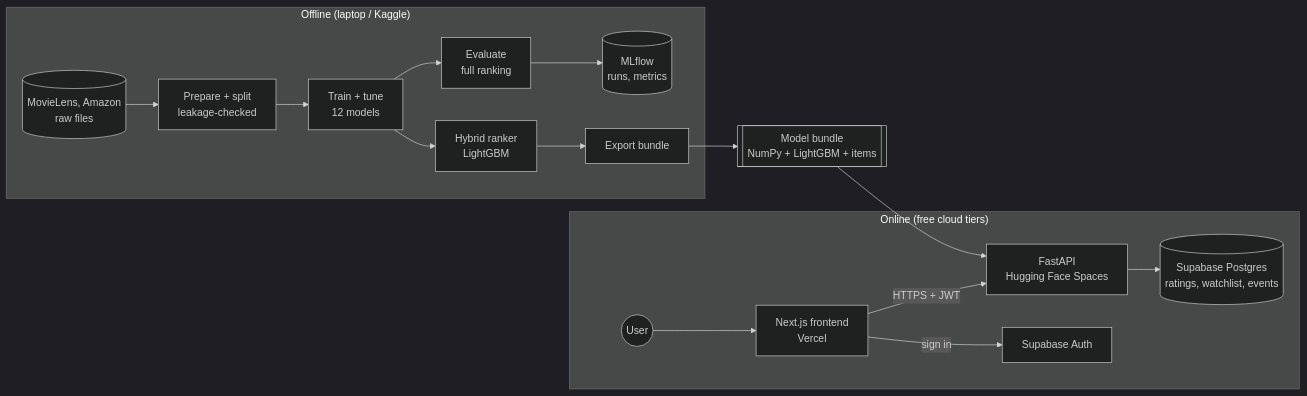
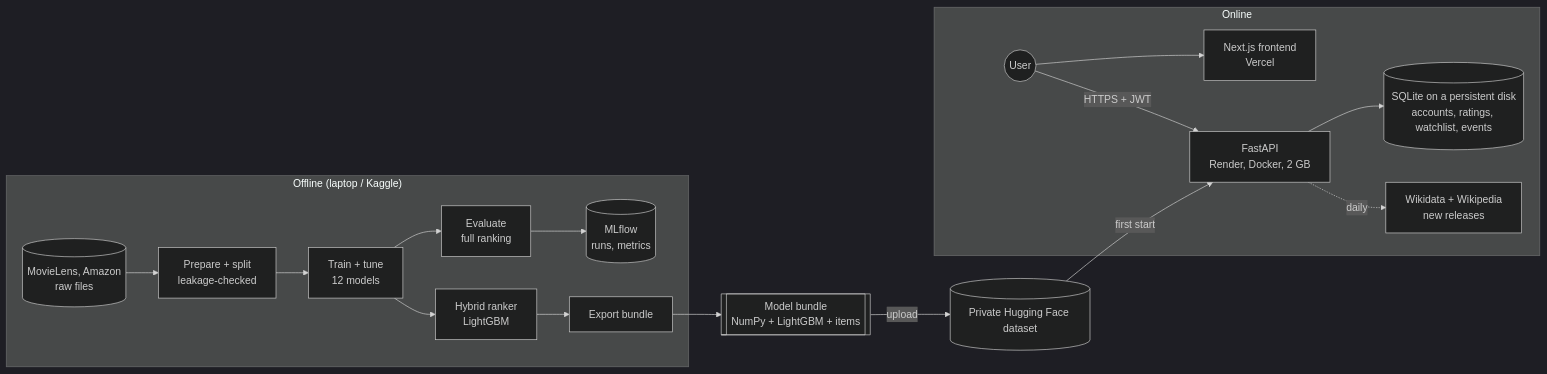
Before and after one commit to Aravindreddykothuru/RedBox: the first of 9 diagrams in docs/report/06_system_design.md, drawn with Mermaid (dark theme). The commit also changed other lines of this file and 5 other files, not shown here.

First line of the commit message:
Explain how Red Box works: a 13-page PDF, and architecture and ML sections in the README

````diff
--- a/docs/report/06_system_design.md
+++ b/docs/report/06_system_design.md
@@ -17,19 +17,20 @@
 ```mermaid
 flowchart LR
     subgraph Offline["Offline (laptop / Kaggle)"]
         D[(MovieLens, Amazon<br/>raw files)] --> P[Prepare + split<br/>leakage-checked]
         P --> T[Train + tune<br/>12 models]
         T --> E[Evaluate<br/>full ranking]
         E --> M[(MLflow<br/>runs, metrics)]
         T --> H[Hybrid ranker<br/>LightGBM]
         H --> X[Export bundle]
     end
     X --> B[[Model bundle<br/>NumPy + LightGBM + items]]
-    subgraph Online["Online (free cloud tiers)"]
+    B -->|upload| HF[(Private Hugging Face dataset)]
+    subgraph Online["Online"]
         U((User)) --> F[Next.js frontend<br/>Vercel]
-        F -->|HTTPS + JWT| A[FastAPI<br/>Hugging Face Spaces]
-        A --> S[(Supabase Postgres<br/>ratings, watchlist, events)]
-        F -->|sign in| AU[Supabase Auth]
+        U -->|HTTPS + JWT| A[FastAPI<br/>Render, Docker, 2 GB]
+        A --> S[(SQLite on a persistent disk<br/>accounts, ratings, watchlist, events)]
+        A -. daily .-> W[Wikidata + Wikipedia<br/>new releases]
     end
-    B --> A
+    HF -->|first start| A
 ```
````
